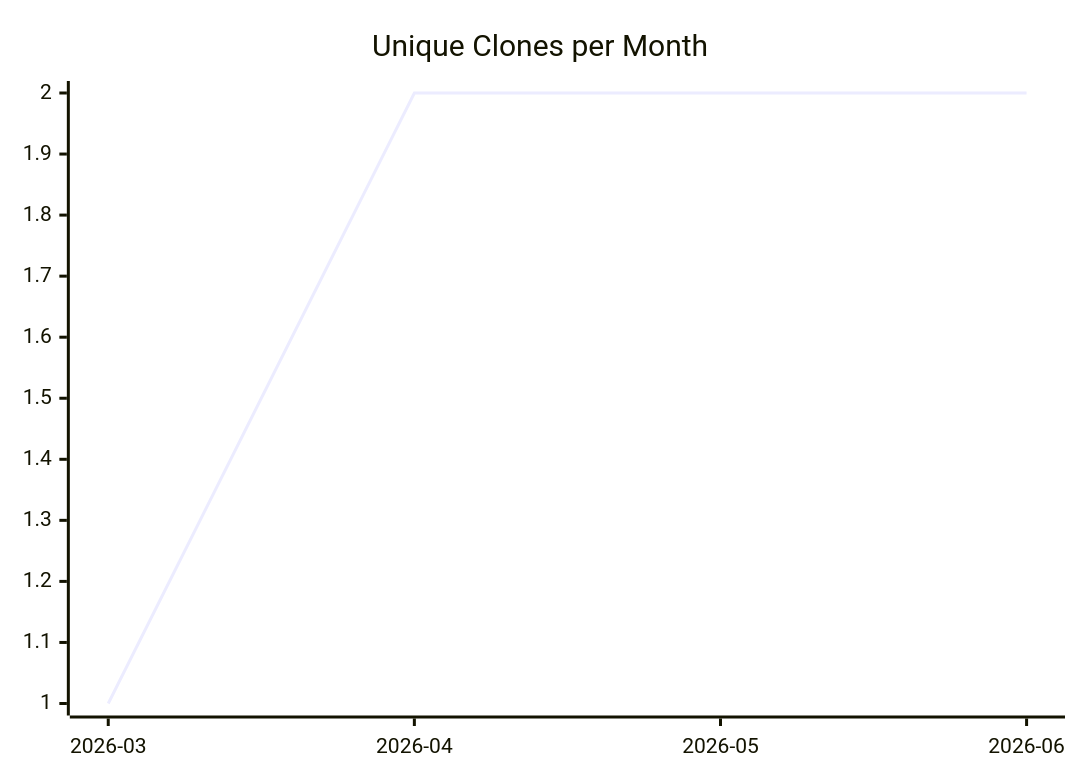
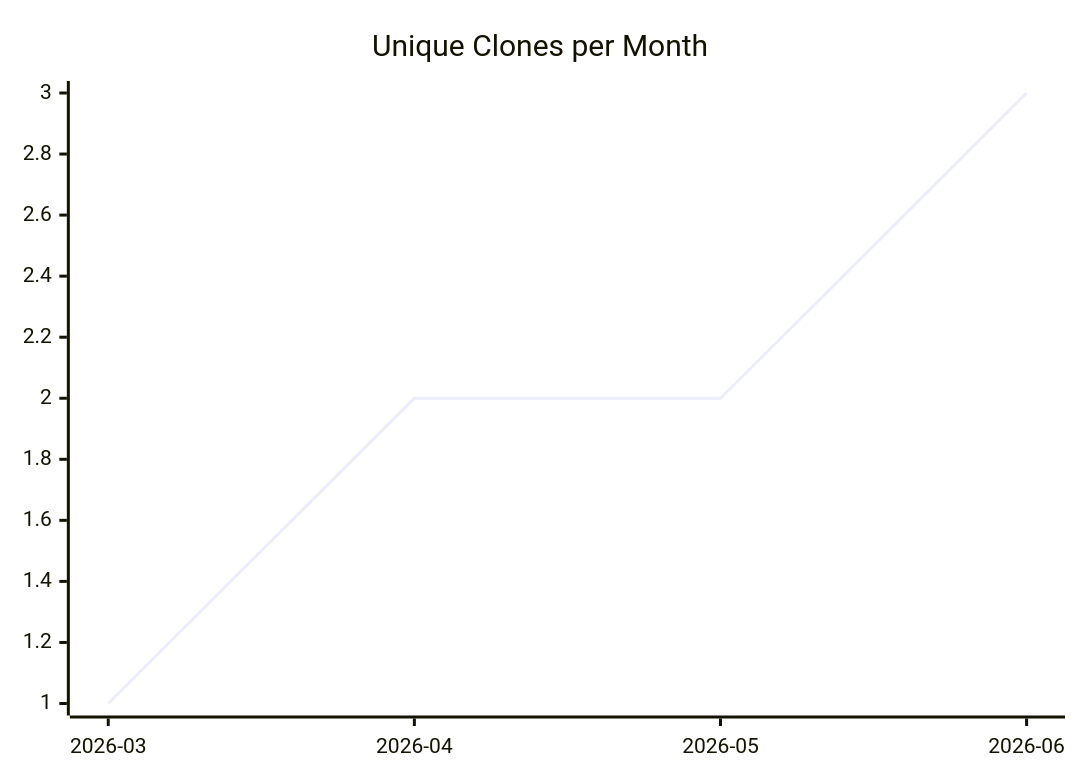
One commit to justdavis-family/github-analytics-data changed the third of 3 diagrams in karlmdavis/ansible-role-ldap/README.md. Above: the diagram before and after it, drawn with Mermaid. The commit also changed other lines of this file and 196 other files, not shown here.

````diff
--- a/karlmdavis/ansible-role-ldap/README.md
+++ b/karlmdavis/ansible-role-ldap/README.md
@@ -19,6 +19,6 @@
 ```mermaid
 xychart-beta
   title "Unique Clones per Month"
   x-axis ["2026-03", "2026-04", "2026-05", "2026-06"]
-  line [1, 2, 2, 2]
+  line [1, 2, 2, 3]
 ```
````
